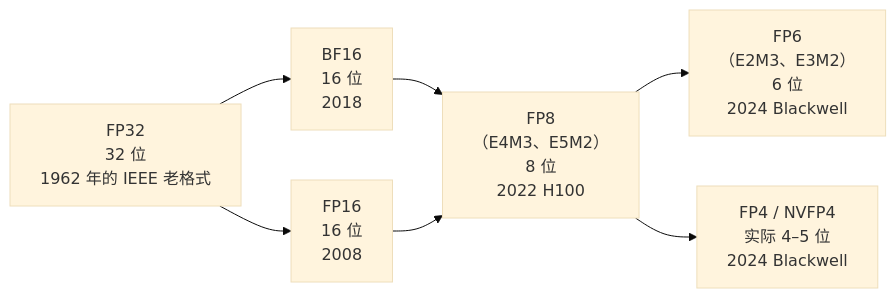
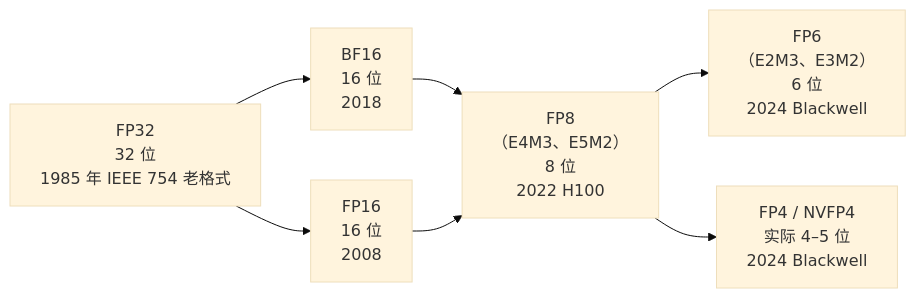
One commit to dawnop/blackwell-gpu-wiki-zh changed the diagram in docs/fundamentals/number-formats.md. Above: the diagram before and after it, drawn with Mermaid (base theme). The commit also changed other lines of this file and 20 other files, not shown here.

````diff
--- a/docs/fundamentals/number-formats.md
+++ b/docs/fundamentals/number-formats.md
@@ -7,9 +7,9 @@
 ```mermaid
 graph LR
-    FP32["FP32<br/>32 位<br/>1962 年的 IEEE 老格式"] --> BF16["BF16<br/>16 位<br/>2018"]
+    FP32["FP32<br/>32 位<br/>1985 年 IEEE 754 老格式"] --> BF16["BF16<br/>16 位<br/>2018"]
     FP32 --> FP16["FP16<br/>16 位<br/>2008"]
     BF16 --> FP8["FP8<br/>（E4M3、E5M2）<br/>8 位<br/>2022 H100"]
     FP16 --> FP8
     FP8 --> FP6["FP6<br/>（E2M3、E3M2）<br/>6 位<br/>2024 Blackwell"]
     FP8 --> FP4["FP4 / NVFP4<br/>实际 4–5 位<br/>2024 Blackwell"]
 ```
````
